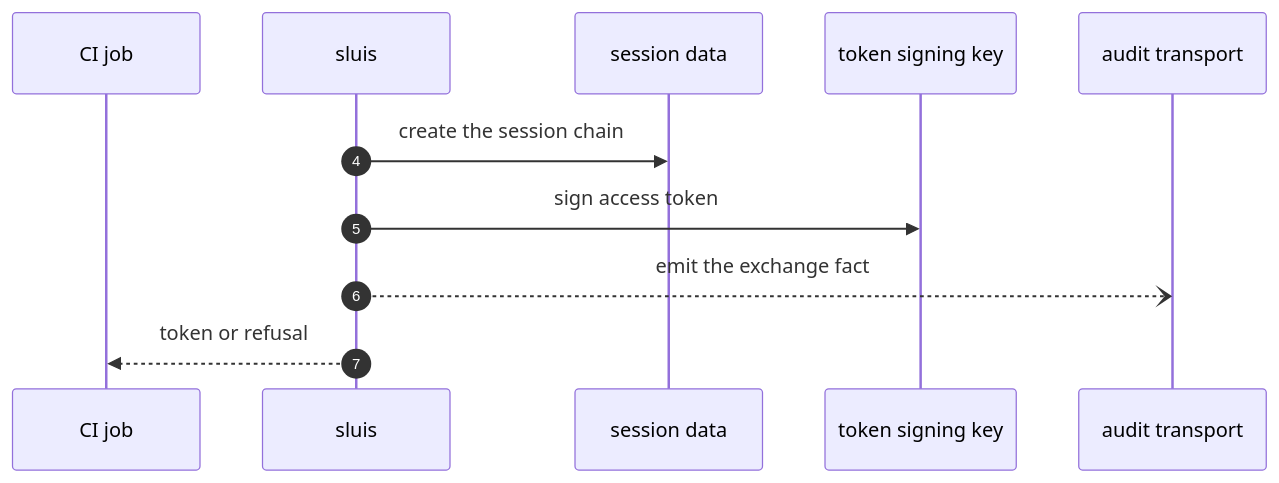
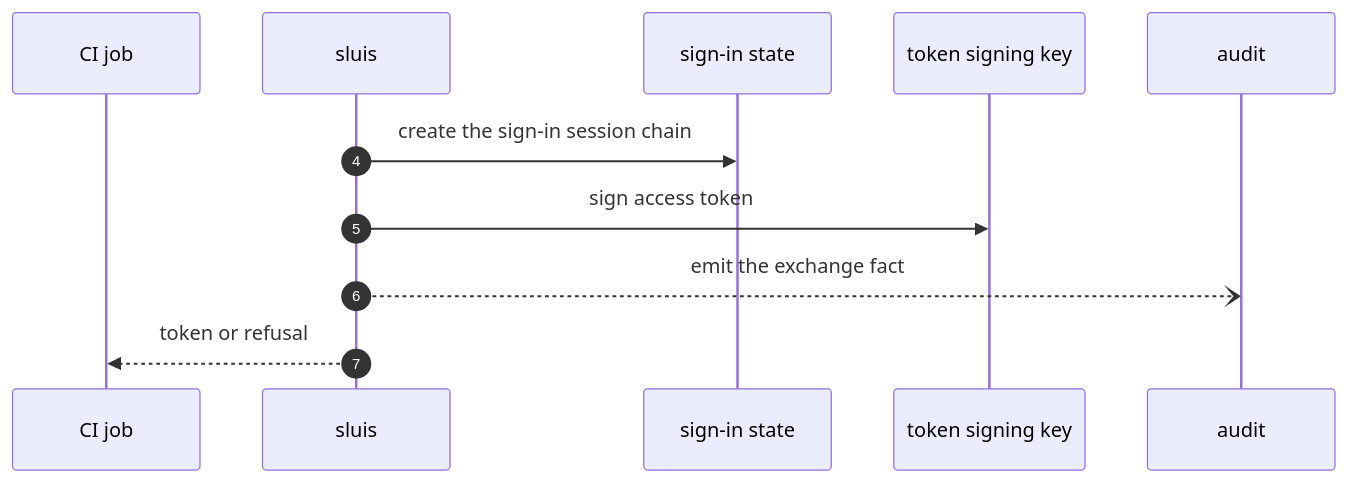
The fourth of 4 diagrams in docs/architecture/index.md (truvity/sluis), drawn with Mermaid before and after one commit. The commit also changed other lines of this file and 154 other files, not shown here.

````diff
--- a/docs/architecture/index.md
+++ b/docs/architecture/index.md
@@ -258,13 +254,13 @@
 ```mermaid
 sequenceDiagram
   autonumber 4
   participant J as CI job
   participant S as sluis
-  participant ST as session data
+  participant ST as sign-in state
   participant K as token signing key
-  participant A as audit transport
-  S->>ST: create the session chain
+  participant A as audit
+  S->>ST: create the sign-in session chain
   S->>K: sign access token
   S--)A: emit the exchange fact
   S-->>J: token or refusal
 ```
````
